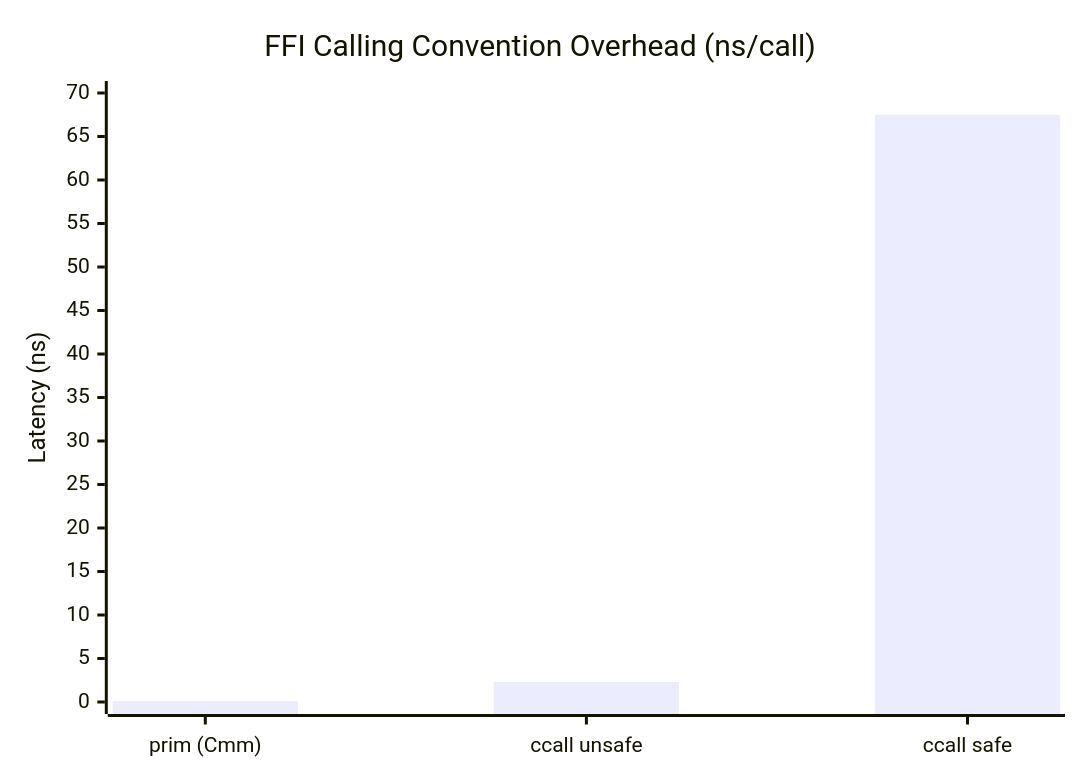
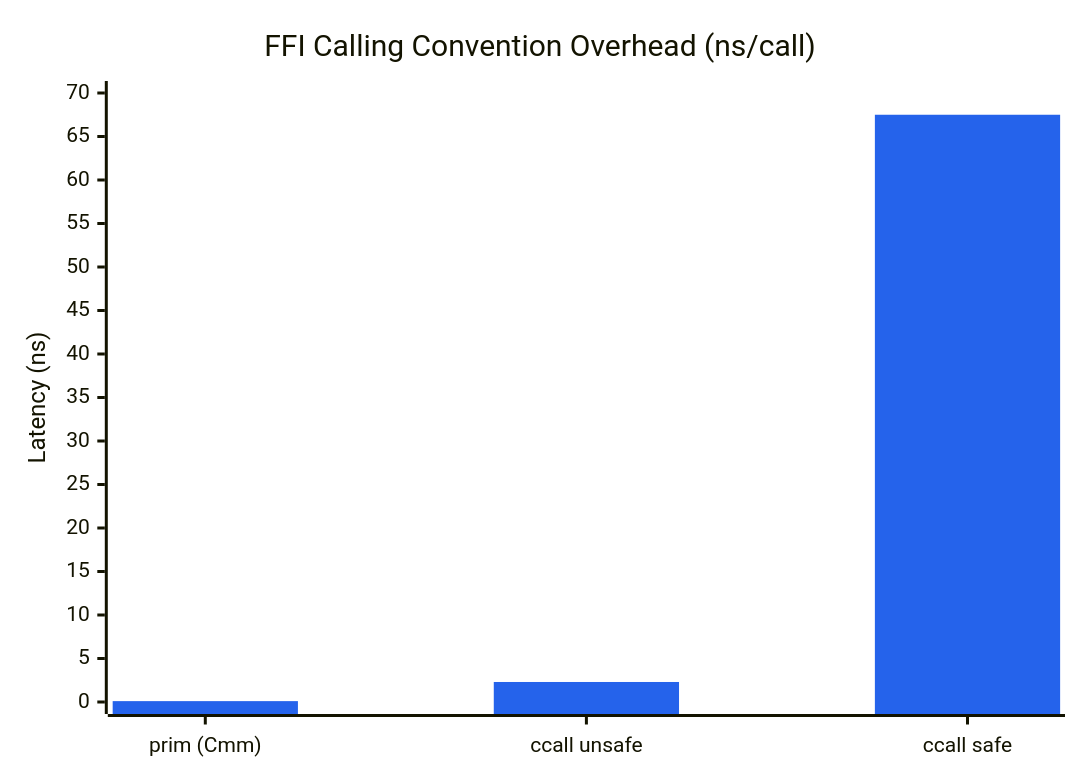
Before and after one commit to jhhuh/ghc-openmp: the fifth of 6 diagrams in docs/index.md, drawn with Mermaid. The commit also changed other lines of this file and 3 other files, not shown here.

First line of the commit message:
Improve chart aesthetics and add local docs preview

```diff
--- a/docs/index.md
+++ b/docs/index.md
@@ -876,7 +879,8 @@
 <pre class="mermaid">
+%%{init: {'theme':'neutral','themeVariables':{'xyChart':{'plotColorPalette':'#2563eb'}}}}%%
 xychart-beta
   title "FFI Calling Convention Overhead (ns/call)"
   x-axis ["prim (Cmm)", "ccall unsafe", "ccall safe"]
   y-axis "Latency (ns)" 0 --> 70
   bar [0.1, 2.3, 67.5]
 </pre>
```
